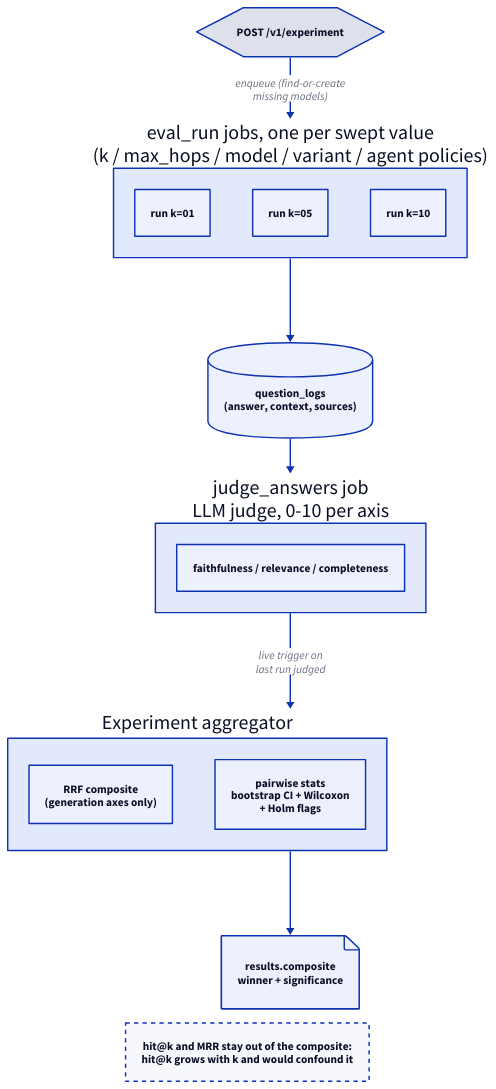
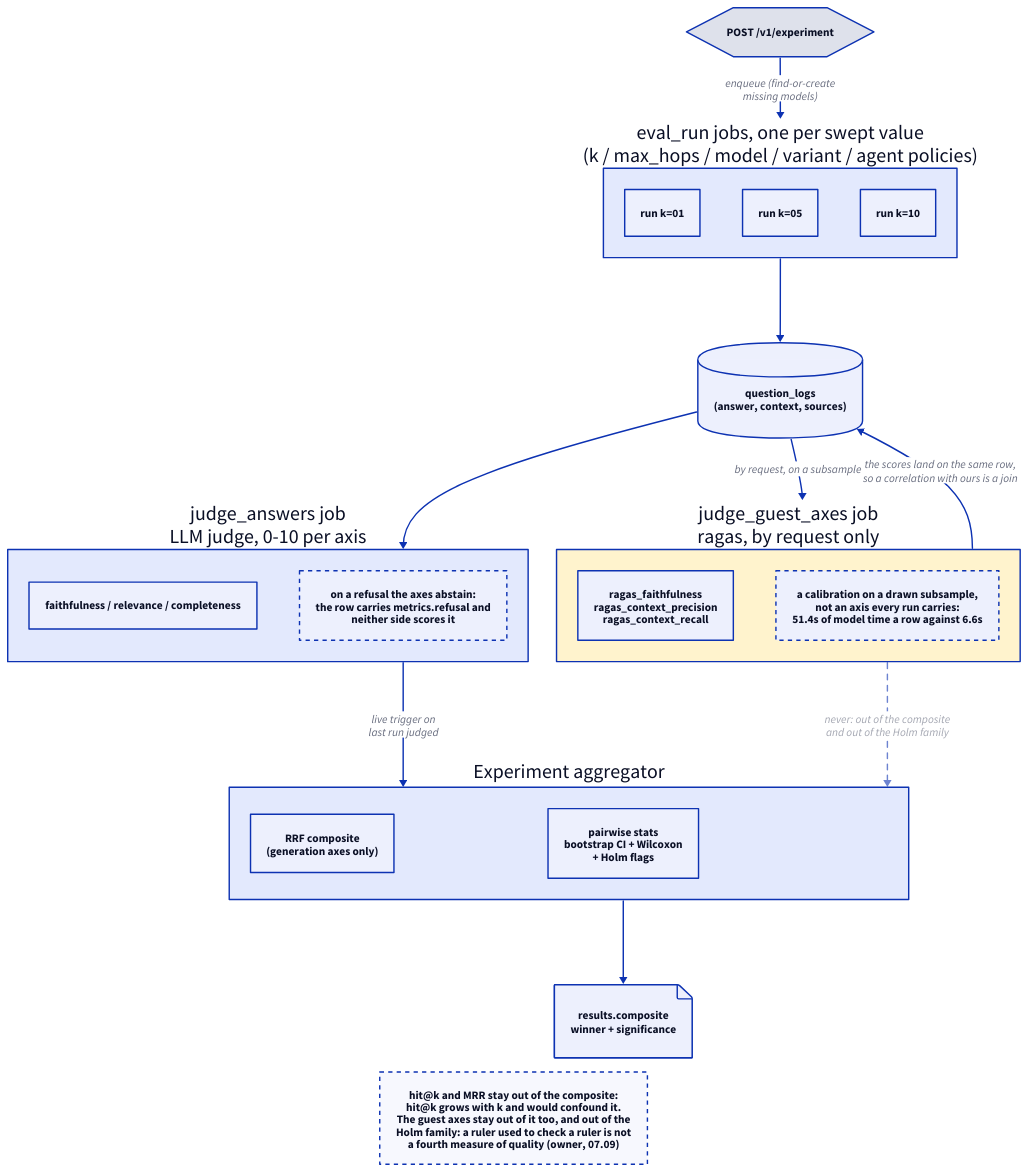
One commit to rikitikitav1/rag-lab changed the diagram in docs/diagrams/eval_pipeline.d2. Above: the diagram before and after it, drawn with D2. The commit also changed 47 other files, not shown here.

```diff
--- a/docs/diagrams/eval_pipeline.d2
+++ b/docs/diagrams/eval_pipeline.d2
@@ -1,41 +1,58 @@
 direction: down
 
 exp: POST /v1/experiment {
   shape: hexagon
 }
 
 runs: "eval_run jobs, one per swept value\n(k / max_hops / model / variant / agent policies)" {
   direction: right
   r1: run k=01
   r2: run k=05
   r3: run k=10
 }
 
 logs: question_logs\n(answer, context, sources) {
   shape: cylinder
 }
 
 judge: judge_answers job\nLLM judge, 0-10 per axis {
   axes: faithfulness / relevance / completeness
+  silent: "on a refusal the axes abstain:\nthe row carries metrics.refusal and\nneither side scores it" {
+    style.stroke-dash: 3
+  }
+}
+
+guests: judge_guest_axes job\nragas, by request only {
+  style.fill: "#fff3cd"
+  gaxes: ragas_faithfulness\nragas_context_precision\nragas_context_recall
+  sample: "a calibration on a drawn subsample,\nnot an axis every run carries:\n51.4s of model time a row against 6.6s" {
+    style.stroke-dash: 3
+  }
 }
 
 agg: Experiment aggregator {
   direction: right
   composite: RRF composite\n(generation axes only)
   pairwise: pairwise stats\nbootstrap CI + Wilcoxon\n+ Holm flags
 }
 
 results: results.composite\nwinner + significance {
   shape: page
 }
 
 exp -> runs: enqueue (find-or-create\nmissing models)
 runs -> logs
 logs -> judge
+logs -> guests: "by request, on a subsample"
+guests -> logs: "the scores land on the same row,\nso a correlation with ours is a join"
 judge -> agg: live trigger on\nlast run judged
+guests -> agg: "never: out of the composite\nand out of the Holm family" {
+  style.stroke-dash: 4
+  style.opacity: 0.6
+}
 agg -> results
 
-note: "hit@k and MRR stay out of the composite:\nhit@k grows with k and would confound it" {
+note: "hit@k and MRR stay out of the composite:\nhit@k grows with k and would confound it.\nThe guest axes stay out of it too, and out of the\nHolm family: a ruler used to check a ruler is not\na fourth measure of quality (owner, 07.09)" {
   near: bottom-center
   style.stroke-dash: 3
 }
```
